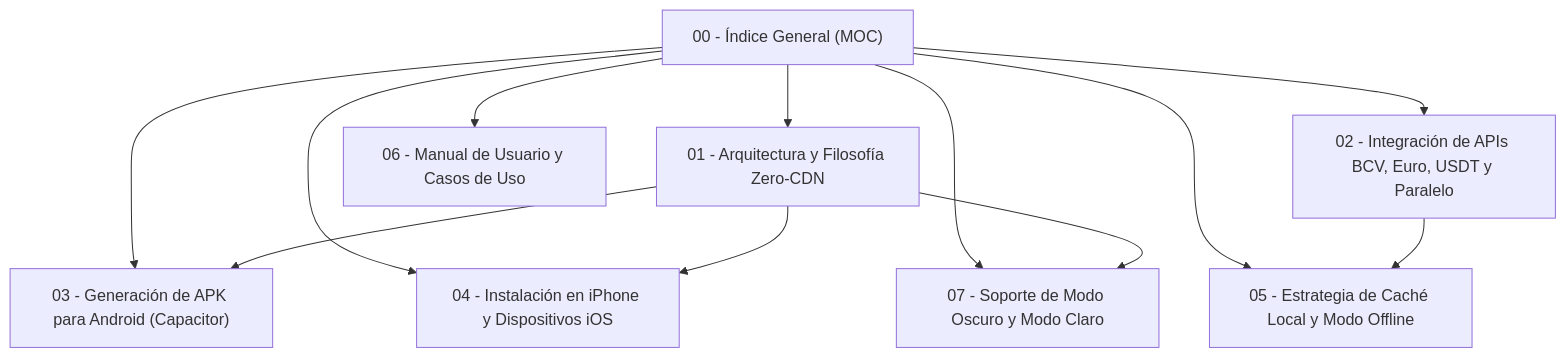
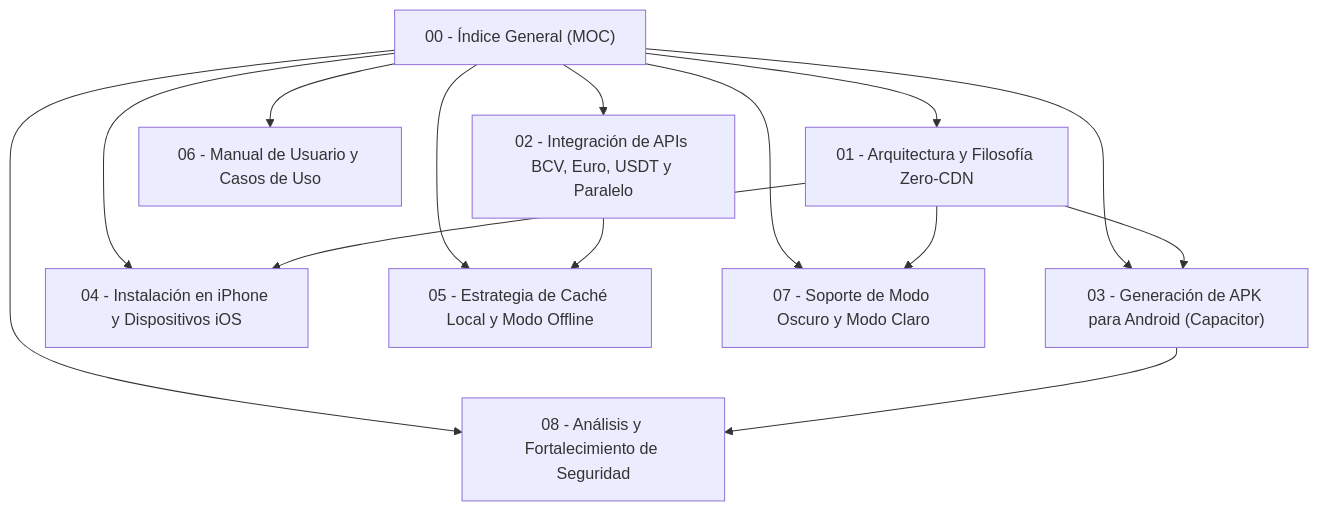
The diagram in docs-obsidian/00 - Indice General (MOC).md (eLerivero/calculave), drawn with Mermaid before and after one commit. The commit also changed other lines of this file and 8 other files, not shown here.

````diff
--- a/docs-obsidian/00 - Indice General (MOC).md
+++ b/docs-obsidian/00 - Indice General (MOC).md
@@ -33,16 +33,18 @@
 ```mermaid
 graph TD
     MOC["00 - Índice General (MOC)"]
     MOC --> A["01 - Arquitectura y Filosofía Zero-CDN"]
     MOC --> B["02 - Integración de APIs BCV, Euro, USDT y Paralelo"]
     MOC --> C["03 - Generación de APK para Android (Capacitor)"]
     MOC --> D["04 - Instalación en iPhone y Dispositivos iOS"]
     MOC --> E["05 - Estrategia de Caché Local y Modo Offline"]
     MOC --> F["06 - Manual de Usuario y Casos de Uso"]
     MOC --> G["07 - Soporte de Modo Oscuro y Modo Claro"]
+    MOC --> H["08 - Análisis y Fortalecimiento de Seguridad"]
 
     B --> E
     A --> C
     A --> D
     A --> G
+    C --> H
 ```
````
